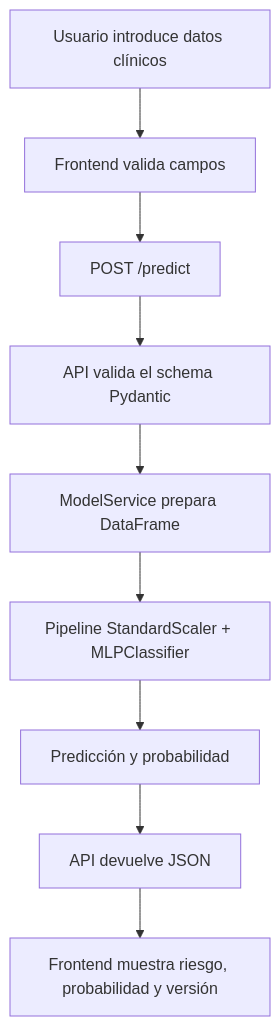
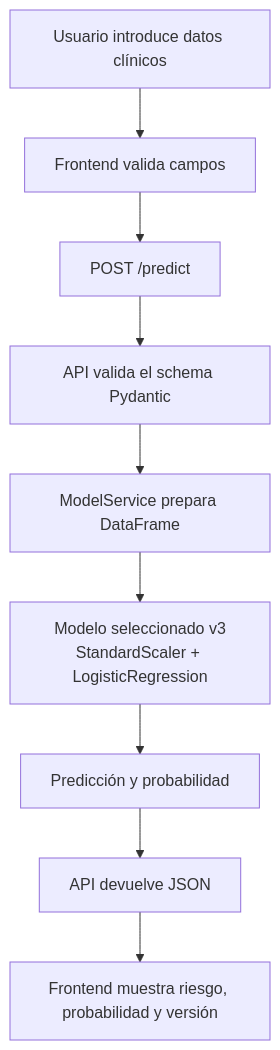
Before and after one commit to marichu-kt/heart-disease-mlops: the second of 3 diagrams in README.md, drawn with Mermaid. The commit also changed other lines of this file and 12 other files, not shown here.

````diff
--- a/README.md
+++ b/README.md
@@ -138,11 +138,11 @@
 ```mermaid
 flowchart TD
     A["Usuario introduce datos clínicos"] --> B["Frontend valida campos"]
     B --> C["POST /predict"]
     C --> D["API valida el schema Pydantic"]
     D --> E["ModelService prepara DataFrame"]
-    E --> F["Pipeline StandardScaler + MLPClassifier"]
+    E --> F["Modelo seleccionado v3<br/>StandardScaler + LogisticRegression"]
     F --> G["Predicción y probabilidad"]
     G --> H["API devuelve JSON"]
     H --> I["Frontend muestra riesgo, probabilidad y versión"]
 ```
````
